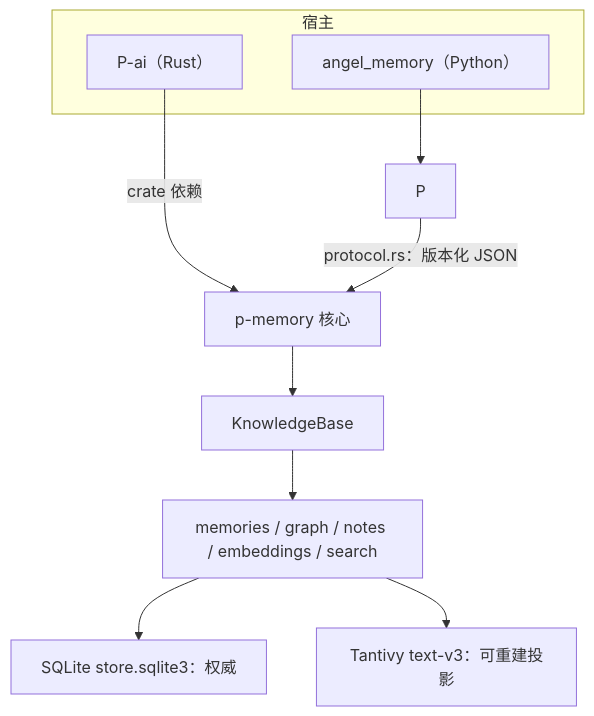
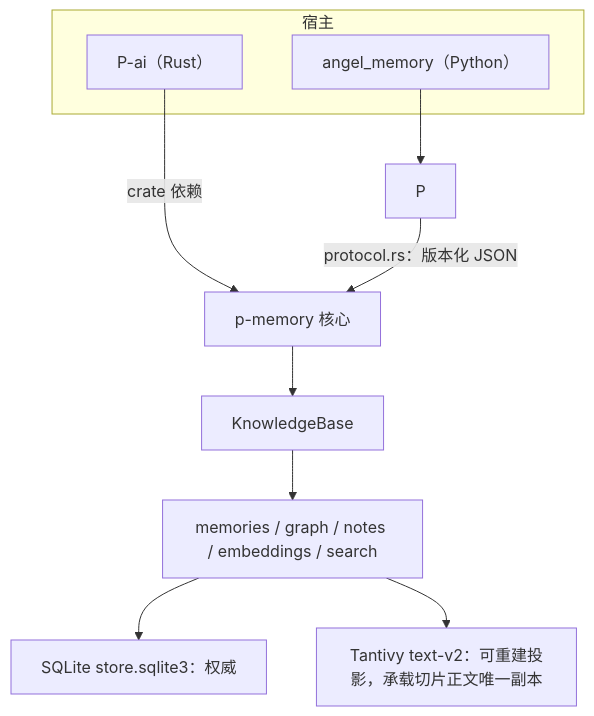
Before and after one commit to kawayiYokami/p-memory: the first of 4 diagrams in docs/architecture.md, drawn with Mermaid. The commit also changed other lines of this file and 5 other files, not shown here.

````diff
--- a/docs/architecture.md
+++ b/docs/architecture.md
@@ -7,14 +7,14 @@
 ```mermaid
 flowchart TD
     subgraph H["宿主"]
         A["P-ai（Rust）"]
         C["angel_memory（Python）"]
     end
     A -->|"crate 依赖"| K["p-memory 核心"]
     C --> P
     P -->|"protocol.rs：版本化 JSON"| K
     K --> API["KnowledgeBase"]
     API --> D["memories / graph / notes / embeddings / search"]
     D --> ST["SQLite store.sqlite3：权威"]
-    D --> IX["Tantivy text-v3：可重建投影"]
+    D --> IX["Tantivy text-v2：可重建投影，承载切片正文唯一副本"]
 ```
````
